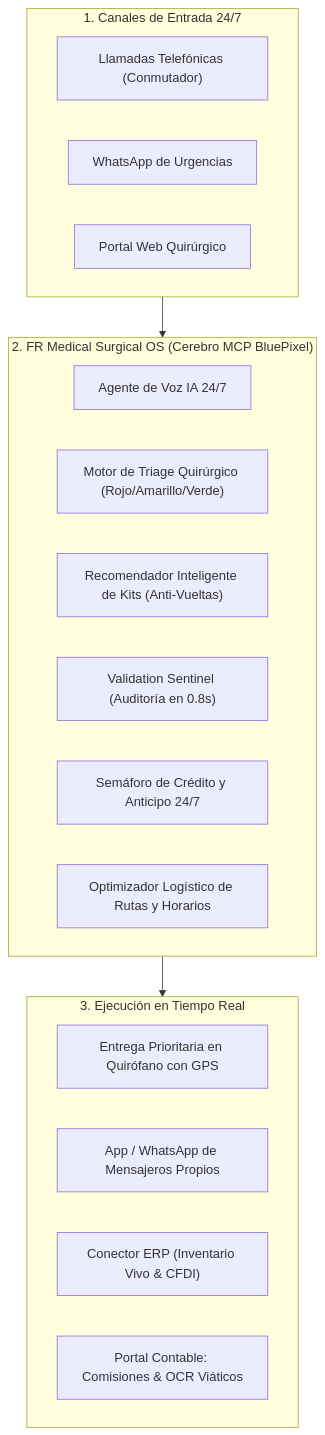
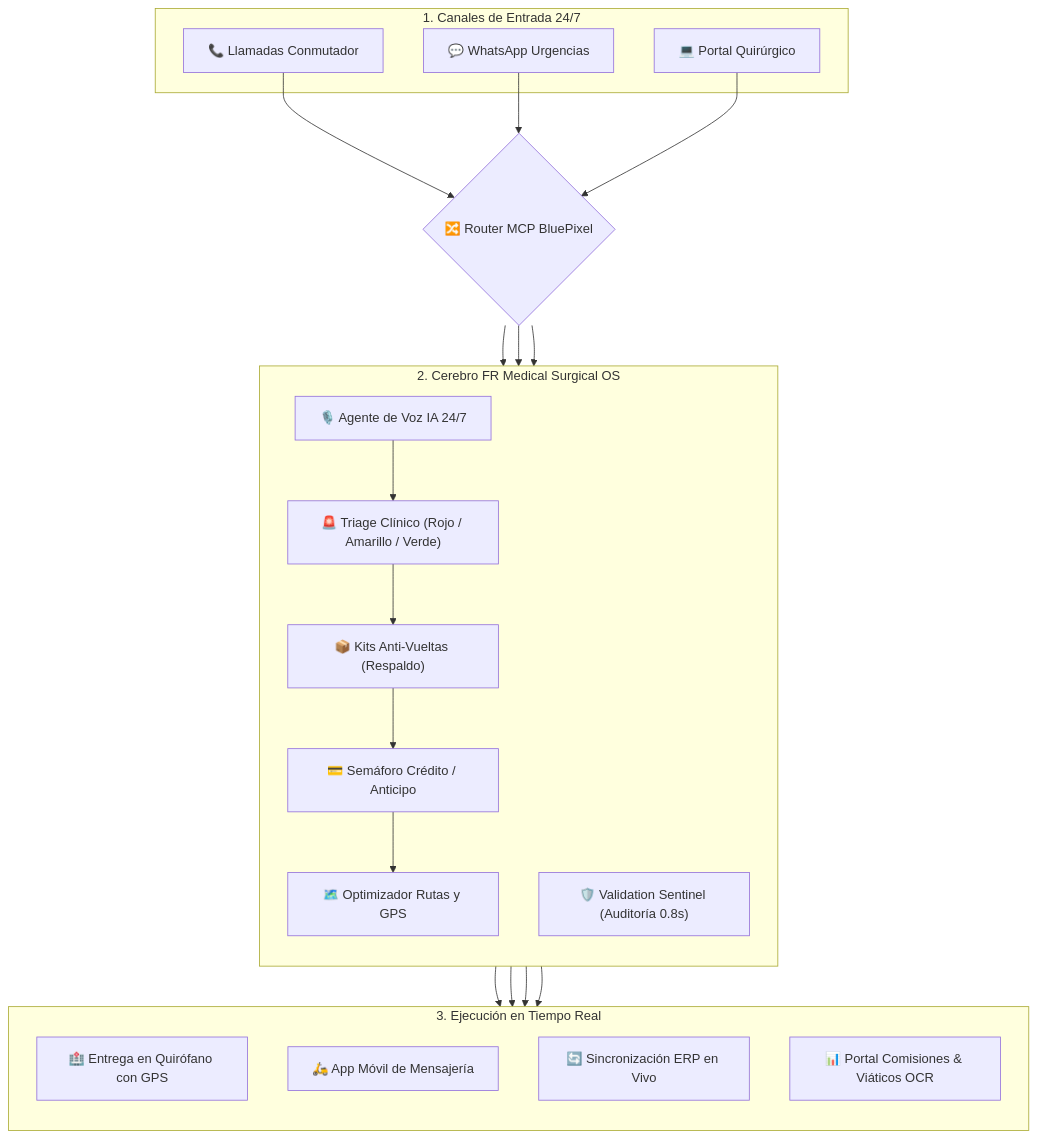
One commit to jahflavio/bluepixel changed the first of 2 diagrams in 01_Onboarding_y_Guias/PROPUESTA_INTEGRAL_FR_MEDICAL_SURGICAL_OS.md. Above: the diagram before and after it, drawn with Mermaid. The commit also changed other lines of this file and 1 other file, not shown here.

Commit message:
fix(docs): solucionar solapamiento de texto en diagrama de arquitectura e incrustar vector SVG

````diff
--- a/01_Onboarding_y_Guias/PROPUESTA_INTEGRAL_FR_MEDICAL_SURGICAL_OS.md
+++ b/01_Onboarding_y_Guias/PROPUESTA_INTEGRAL_FR_MEDICAL_SURGICAL_OS.md
@@ -13,27 +16,46 @@
 ```mermaid
-graph TD
-    subgraph Canales_Entrada["1. Canales de Entrada 24/7"]
-        Tel["Llamadas Telefónicas (Conmutador)"]
-        WA["WhatsApp de Urgencias"]
-        Web["Portal Web Quirúrgico"]
+flowchart TB
+    subgraph S1["1. Canales de Entrada 24/7"]
+        Tel["📞 Llamadas Conmutador"]
+        WA["💬 WhatsApp Urgencias"]
+        Web["💻 Portal Quirúrgico"]
     end
 
-    subgraph Cerebro_MCP["2. FR Medical Surgical OS (Cerebro MCP BluePixel)"]
-        VoiceAgent["Agente de Voz IA 24/7"]
-        NLP_Triage["Motor de Triage Quirúrgico (Rojo/Amarillo/Verde)"]
-        KitEngine["Recomendador Inteligente de Kits (Anti-Vueltas)"]
-        Sentinel["Validation Sentinel (Auditoría en 0.8s)"]
-        CreditRules["Semáforo de Crédito y Anticipo 24/7"]
-        RouterGPS["Optimizador Logístico de Rutas y Horarios"]
+    RouterMCP{"🔀 Router MCP BluePixel"}
+
+    subgraph S2["2. Cerebro FR Medical Surgical OS"]
+        direction TB
+        VoiceAgent["🎙️ Agente de Voz IA 24/7"]
+        NLP_Triage["🚨 Triage Clínico (Rojo / Amarillo / Verde)"]
+        KitEngine["📦 Kits Anti-Vueltas (Respaldo)"]
+        Sentinel["🛡️ Validation Sentinel (Auditoría 0.8s)"]
+        CreditRules["💳 Semáforo Crédito / Anticipo"]
+        RouterGPS["🗺️ Optimizador Rutas y GPS"]
     end
 
-    subgraph Operacion_Salida["3. Ejecución en Tiempo Real"]
-        Quirofano["Entrega Prioritaria en Quirófano con GPS"]
-        MensajerosApp["App / WhatsApp de Mensajeros Propios"]
-        ERPSync["Conector ERP (Inventario Vivo & CFDI)"]
-        Comisiones["Portal Contable: Comisiones & OCR Viáticos"]
+    subgraph S3["3. Ejecución en Tiempo Real"]
+        direction TB
+        Quirofano["🏥 Entrega en Quirófano con GPS"]
+        MensajerosApp["🛵 App Móvil de Mensajería"]
+        ERPSync["🔄 Sincronización ERP en Vivo"]
+        Comisiones["📊 Portal Comisiones & Viáticos OCR"]
     end
 
-    Canales_Entrada --> Cerebro_MCP
-    Cerebro_MCP --> Operacion_Salida
+    Tel --> RouterMCP
+    WA --> RouterMCP
+    Web --> RouterMCP
+
+    RouterMCP --> VoiceAgent
+    RouterMCP --> NLP_Triage
+    RouterMCP --> Sentinel
+
+    VoiceAgent --> NLP_Triage
+    NLP_Triage --> KitEngine
+    KitEngine --> CreditRules
+    CreditRules --> RouterGPS
+
+    RouterGPS --> Quirofano
+    RouterGPS --> MensajerosApp
+    Sentinel --> ERPSync
+    Sentinel --> Comisiones
 ```
````
